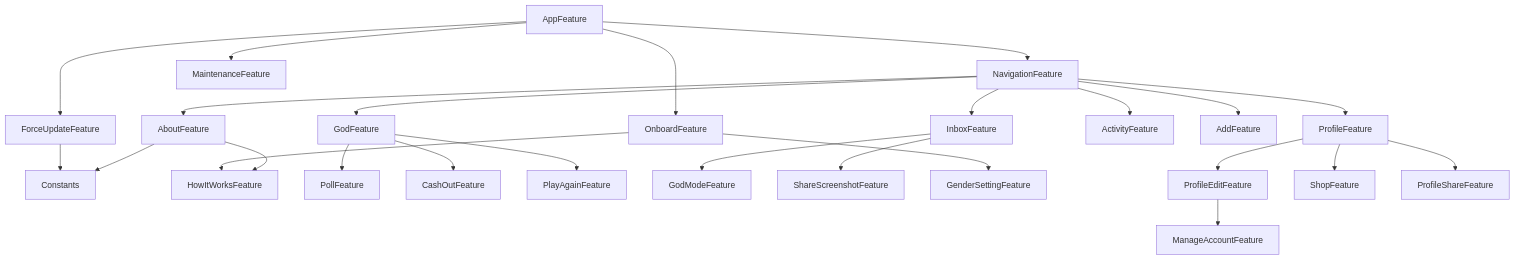
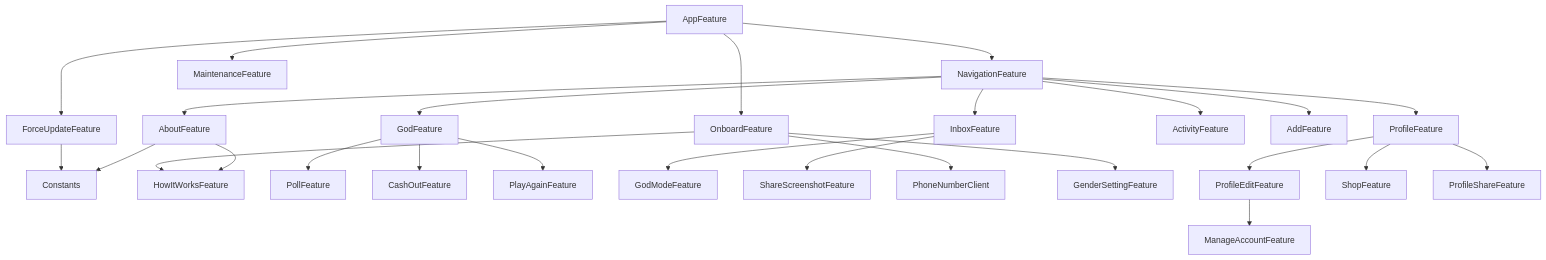
One commit to 0x1-company/god-ios changed the diagram in Packages/GodPackage/README.md. Above: the diagram before and after it, drawn with Mermaid.

Commit message:
Run dgraph

````diff
--- a/Packages/GodPackage/README.md
+++ b/Packages/GodPackage/README.md
@@ -6,27 +6,28 @@
 ```mermaid
 graph TD;
     AboutFeature-->Constants;
     AboutFeature-->HowItWorksFeature;
     AppFeature-->OnboardFeature;
     AppFeature-->NavigationFeature;
     AppFeature-->ForceUpdateFeature;
     AppFeature-->MaintenanceFeature;
     ForceUpdateFeature-->Constants;
     GodFeature-->PollFeature;
     GodFeature-->CashOutFeature;
     GodFeature-->PlayAgainFeature;
     InboxFeature-->GodModeFeature;
     InboxFeature-->ShareScreenshotFeature;
     NavigationFeature-->AboutFeature;
     NavigationFeature-->ActivityFeature;
     NavigationFeature-->AddFeature;
     NavigationFeature-->GodFeature;
     NavigationFeature-->InboxFeature;
     NavigationFeature-->ProfileFeature;
     OnboardFeature-->HowItWorksFeature;
+    OnboardFeature-->PhoneNumberClient;
     OnboardFeature-->GenderSettingFeature;
     ProfileEditFeature-->ManageAccountFeature;
     ProfileFeature-->ShopFeature;
     ProfileFeature-->ProfileEditFeature;
     ProfileFeature-->ProfileShareFeature;
 ```
````
